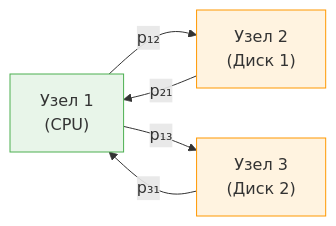
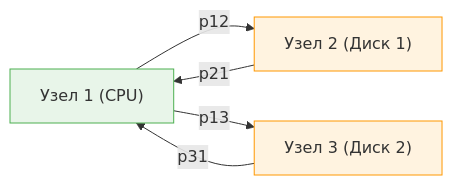
Before and after one commit to stareeg/simulation-modeling-notes: the second of 6 diagrams in docs/08-queueing-networks.md, drawn with Mermaid. The commit also changed other lines of this file and 14 other files, not shown here.

````diff
--- a/docs/08-queueing-networks.md
+++ b/docs/08-queueing-networks.md
@@ -73,11 +77,11 @@
 ```mermaid
 flowchart LR
-    A["Узел 1\n(CPU)"] -->|"p₁₂"| B["Узел 2\n(Диск 1)"]
-    A -->|"p₁₃"| C["Узел 3\n(Диск 2)"]
-    B -->|"p₂₁"| A
-    C -->|"p₃₁"| A
+    A["Узел 1 (CPU)"] -->|"p12"| B["Узел 2 (Диск 1)"]
+    A -->|"p13"| C["Узел 3 (Диск 2)"]
+    B -->|"p21"| A
+    C -->|"p31"| A
 
     style A fill:#e8f5e9,stroke:#4CAF50
     style B fill:#fff3e0,stroke:#FF9800
     style C fill:#fff3e0,stroke:#FF9800
 ```
````
